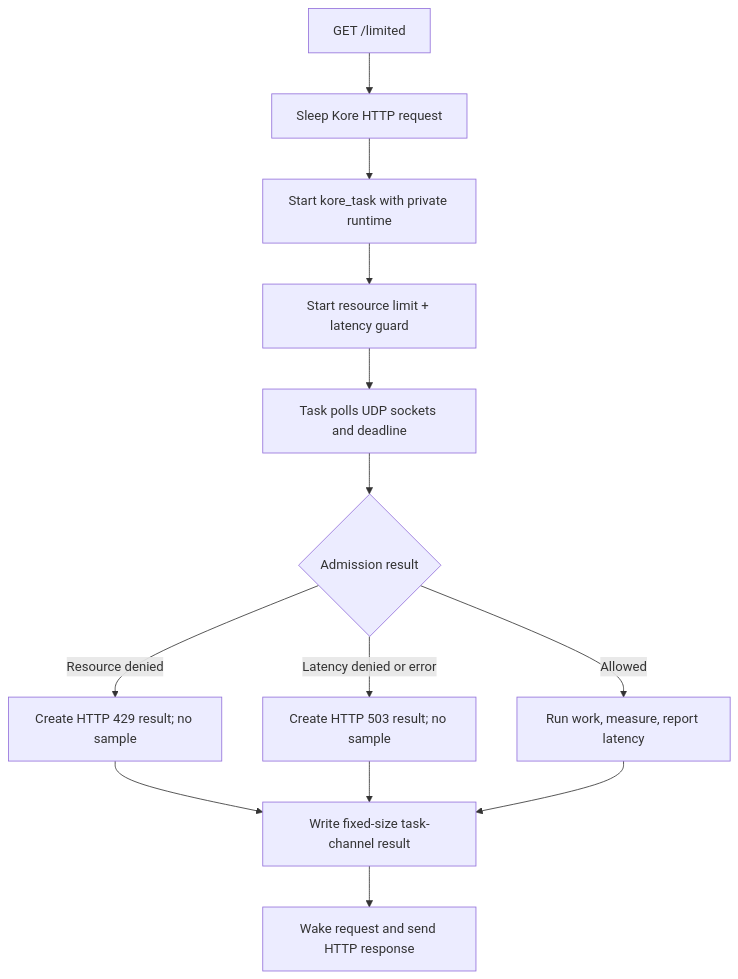
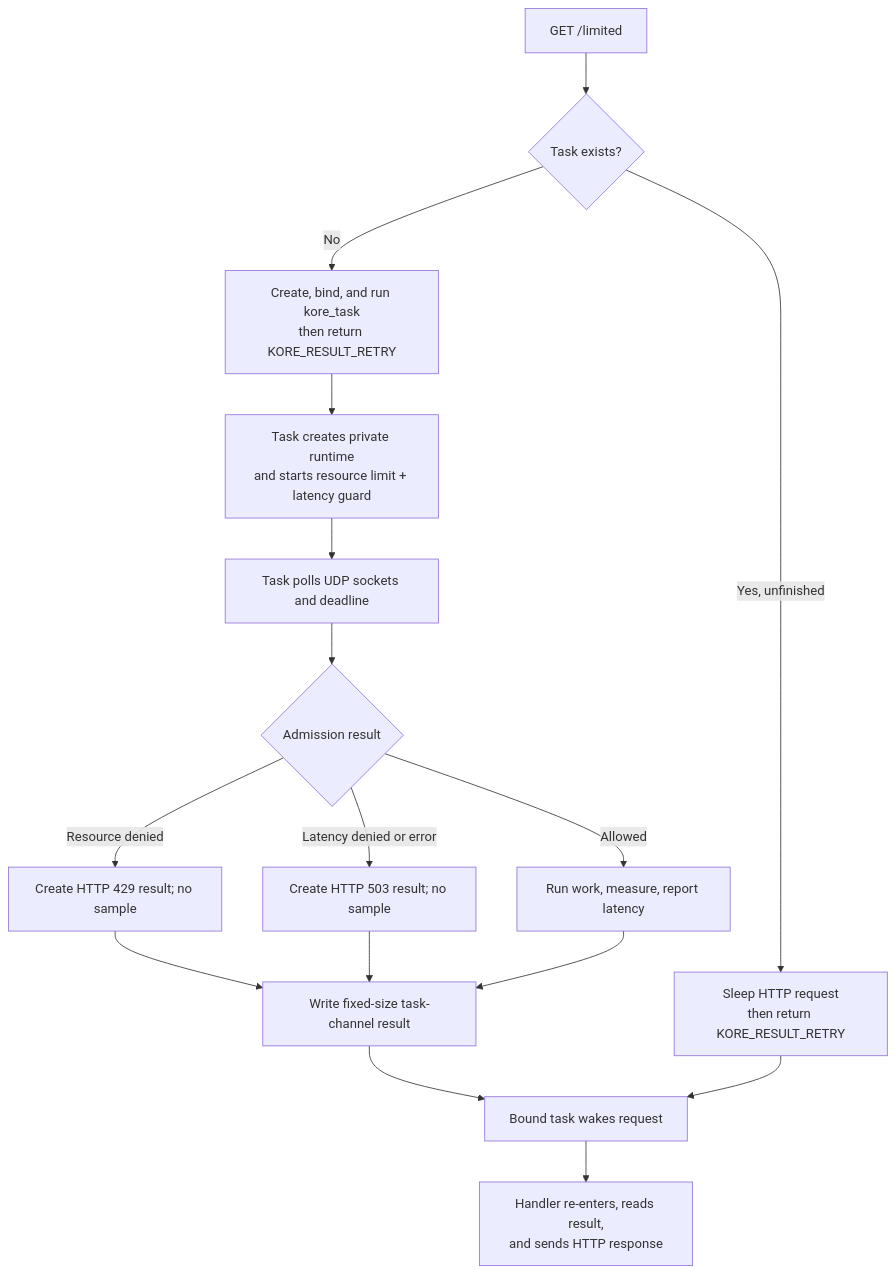
The diagram in examples/kore/README.md (ratelimitly-com/rl-c-client), drawn with Mermaid before and after one commit. The commit also changed other lines of this file, not shown here.

Commit message:
docs(kore): correct task lifecycle

````diff
--- a/examples/kore/README.md
+++ b/examples/kore/README.md
@@ -15,15 +28,18 @@
 ```mermaid
 flowchart TD
-    Request["GET /limited"] --> Sleep["Sleep Kore HTTP request"]
-    Sleep --> Task["Start kore_task with private runtime"]
-    Task --> Admission["Start resource limit + latency guard"]
+    Request["GET /limited"] --> State{"Task exists?"}
+    State -->|No| Task["Create, bind, and run kore_task<br/>then return KORE_RESULT_RETRY"]
+    State -->|Yes, unfinished| Sleep["Sleep HTTP request<br/>then return KORE_RESULT_RETRY"]
+    Task --> Admission["Task creates private runtime<br/>and starts resource limit + latency guard"]
     Admission --> Poll["Task polls UDP sockets and deadline"]
     Poll --> Decision{"Admission result"}
     Decision -->|Resource denied| Rate["Create HTTP 429 result; no sample"]
     Decision -->|Latency denied or error| Shed["Create HTTP 503 result; no sample"]
     Decision -->|Allowed| Work["Run work, measure, report latency"]
     Rate --> Channel["Write fixed-size task-channel result"]
     Shed --> Channel
     Work --> Channel
-    Channel --> Wake["Wake request and send HTTP response"]
+    Channel --> Wake["Bound task wakes request"]
+    Sleep --> Wake
+    Wake --> Reenter["Handler re-enters, reads result,<br/>and sends HTTP response"]
 ```
````
